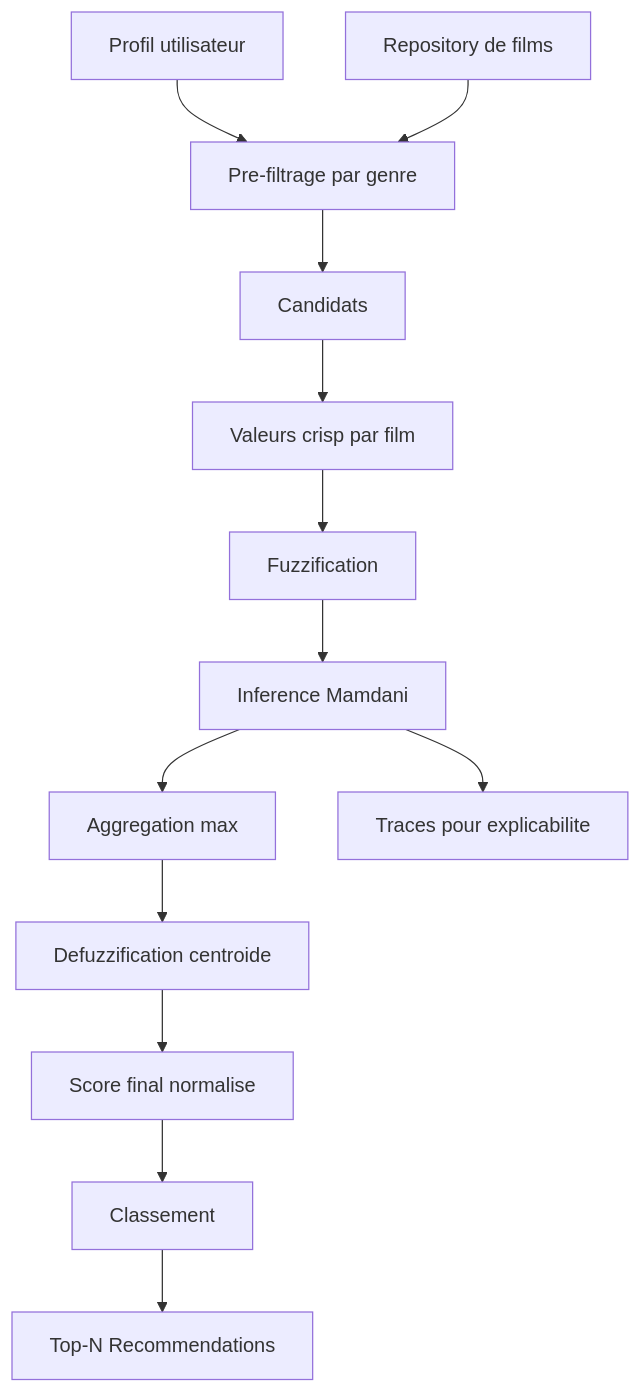
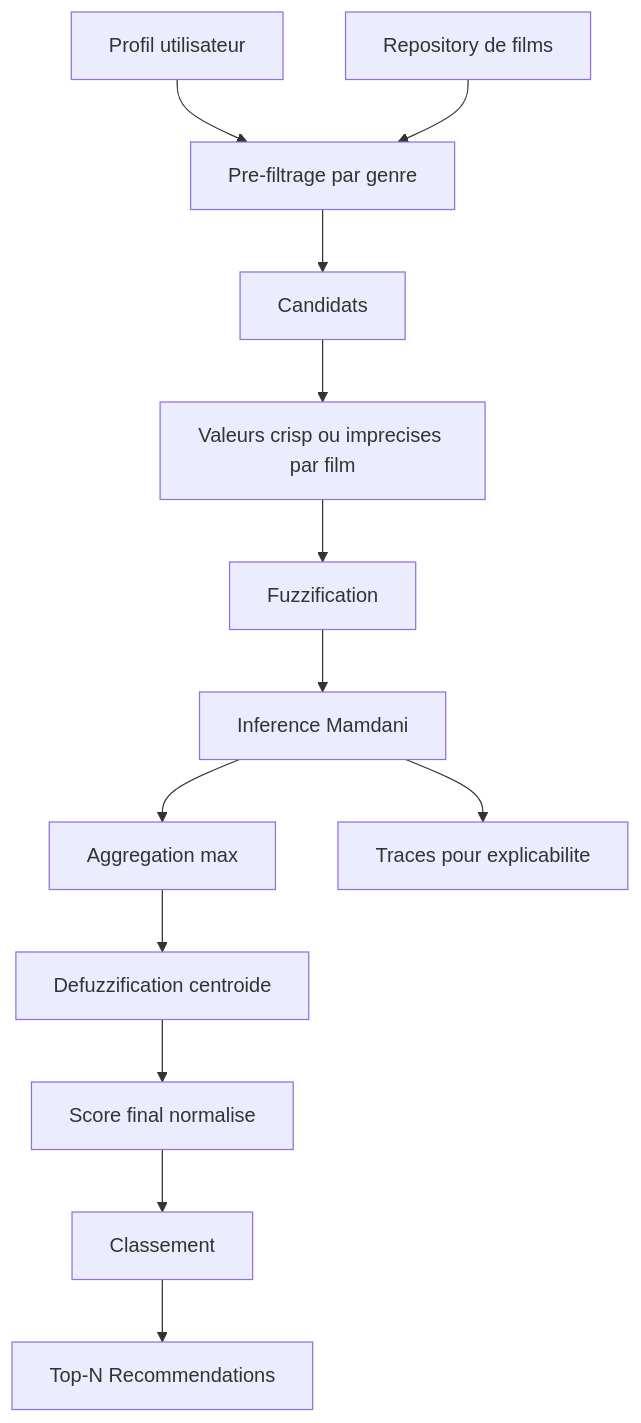
One commit to JudicaelMAKWIZA/imprecise-movie-fuzzy-recommender changed the diagram in docs/rapport/recommendation_pipeline.md. Above: the diagram before and after it, drawn with Mermaid. The commit also changed other lines of this file and 55 other files, not shown here.

````diff
--- a/docs/rapport/recommendation_pipeline.md
+++ b/docs/rapport/recommendation_pipeline.md
@@ -12,15 +12,15 @@
 ```mermaid
 flowchart TD
     A[Profil utilisateur] --> B[Pre-filtrage par genre]
     C[Repository de films] --> B
     B --> D[Candidats]
-    D --> E[Valeurs crisp par film]
+    D --> E[Valeurs crisp ou imprecises par film]
     E --> F[Fuzzification]
     F --> G[Inference Mamdani]
     G --> H[Aggregation max]
     H --> I[Defuzzification centroide]
     I --> J[Score final normalise]
     J --> K[Classement]
     K --> L[Top-N Recommendations]
     G --> M[Traces pour explicabilite]
 ```
````
